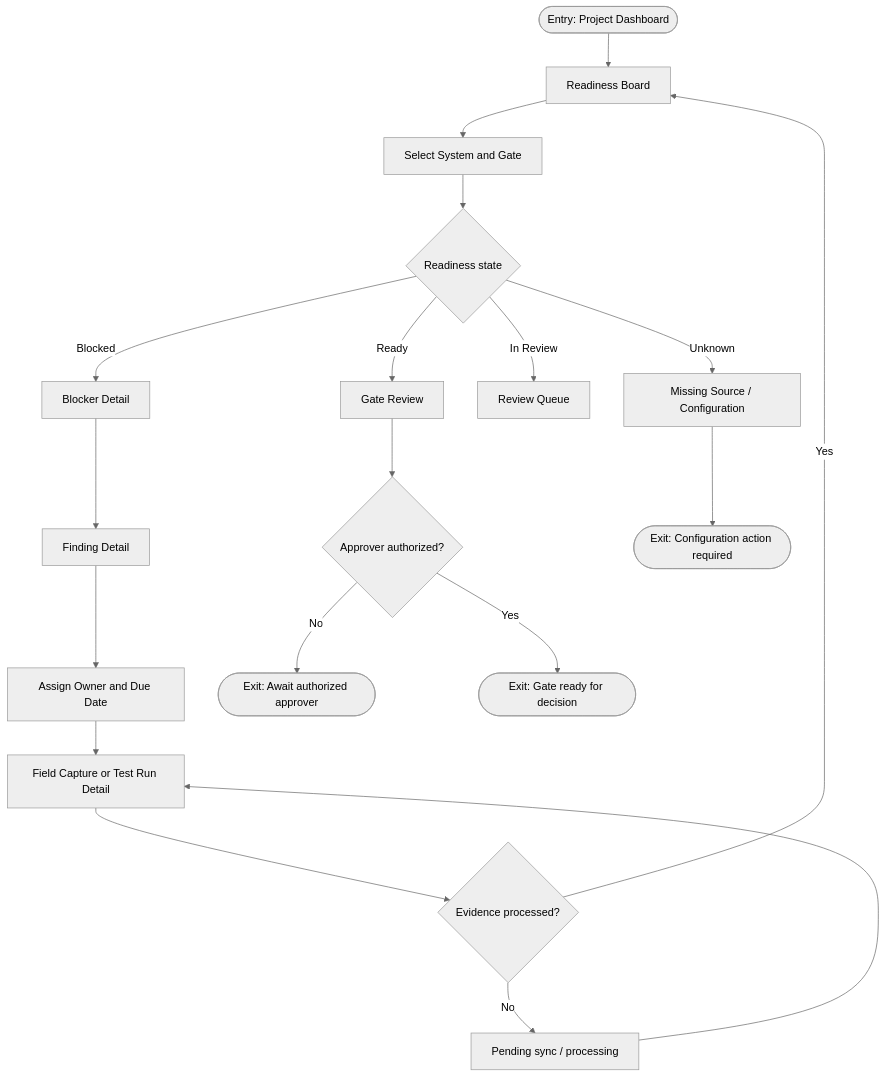
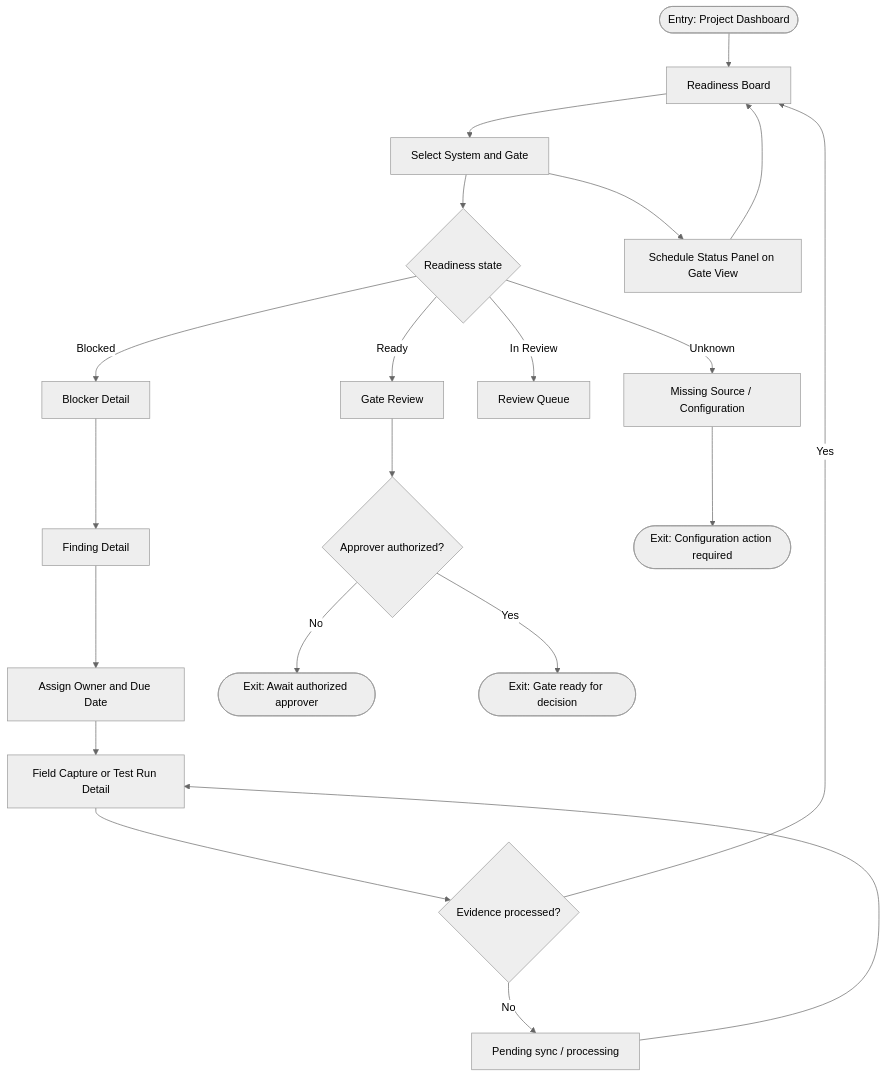
Before and after one commit to dravv-alt/AI_EPC_ENGINE: the third of 10 diagrams in PLANNER/AppFlow.md, drawn with Mermaid (neutral theme). The commit also changed other lines of this file and 7 other files, not shown here.

````diff
--- a/PLANNER/AppFlow.md
+++ b/PLANNER/AppFlow.md
@@ -72,21 +73,23 @@
 ```mermaid
 flowchart TD
   A([Entry: Project Dashboard]) --> B[Readiness Board]
   B --> C[Select System and Gate]
   C --> D{Readiness state}
   D -- Ready --> E[Gate Review]
   D -- Blocked --> F[Blocker Detail]
   D -- In Review --> G[Review Queue]
   D -- Unknown --> H[Missing Source / Configuration]
   F --> I[Finding Detail]
   I --> J[Assign Owner and Due Date]
   J --> K[Field Capture or Test Run Detail]
   K --> L{Evidence processed?}
   L -- No --> M[Pending sync / processing]
   M --> K
   L -- Yes --> B
+  C --> S[Schedule Status Panel on Gate View]
+  S --> B
   E --> N{Approver authorized?}
   N -- No --> O([Exit: Await authorized approver])
   N -- Yes --> P([Exit: Gate ready for decision])
   H --> Q([Exit: Configuration action required])
 ```
````
